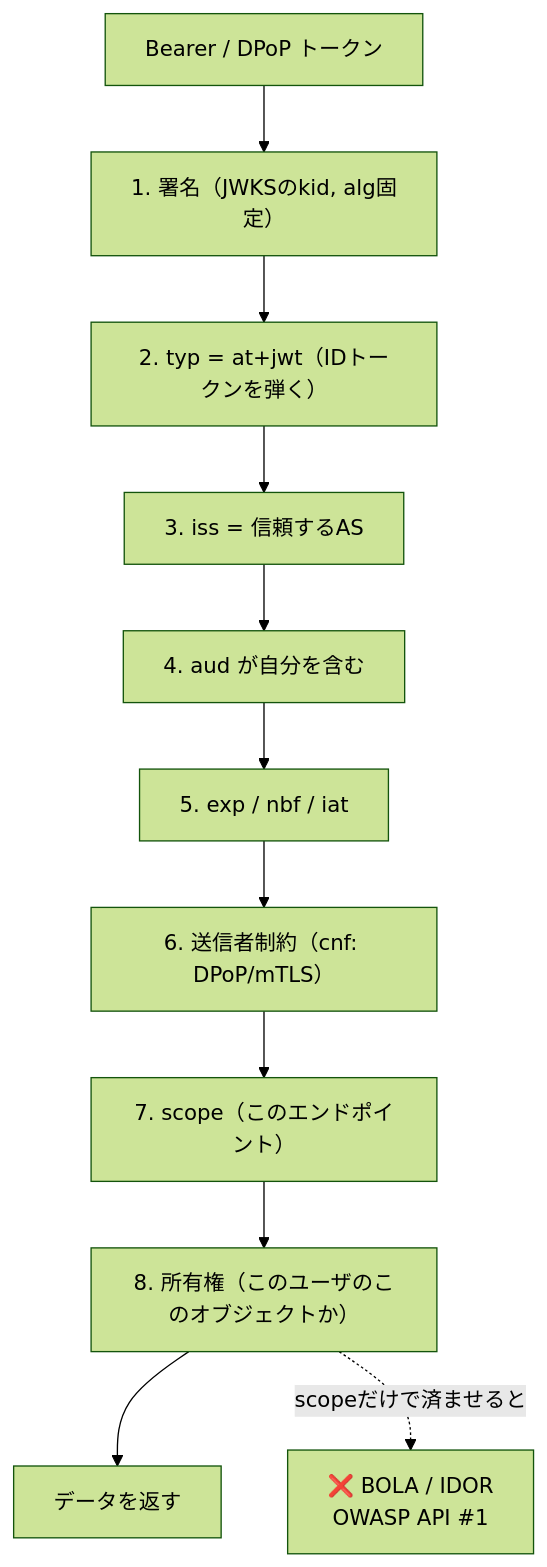
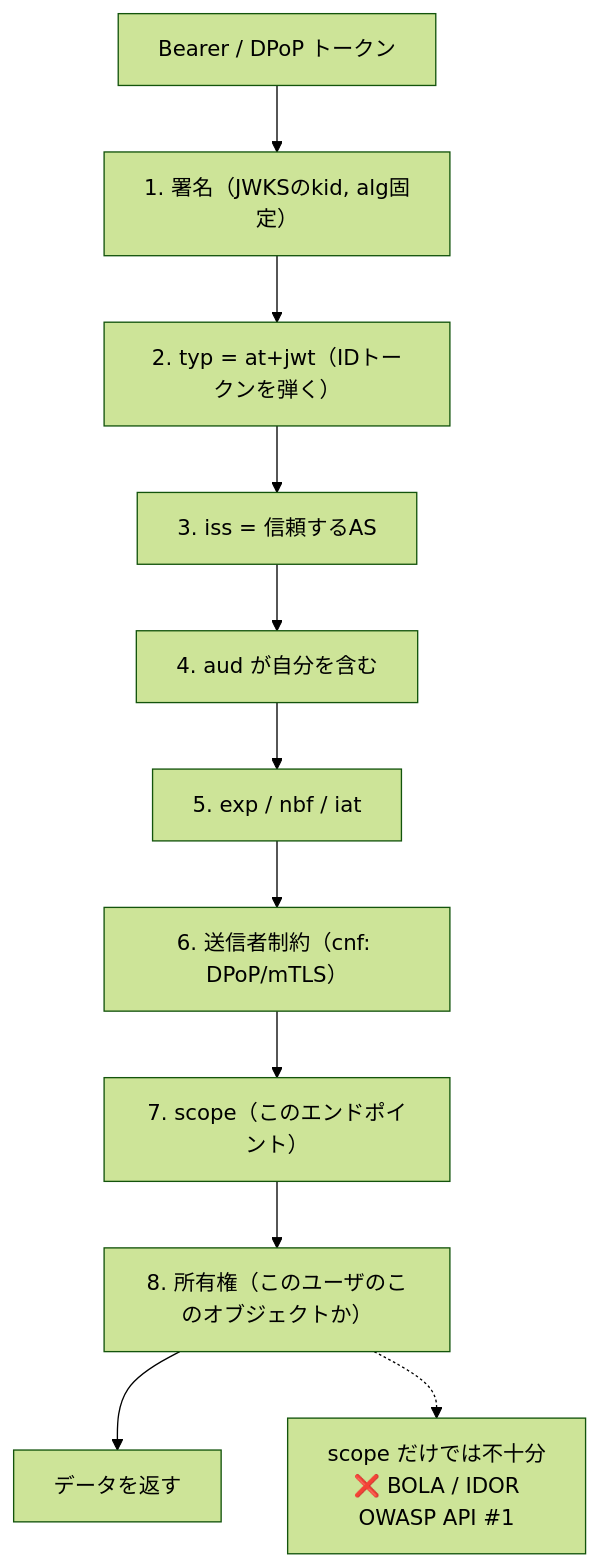
Before and after one commit to hjosugi/auth-lab: diagram 14 of 16 in docs/diagrams.md, drawn with Mermaid (forest theme). The commit also changed 1 other file, not shown here.

Commit message:
docs: use Mermaid-compatible BOLA edge

````diff
--- a/docs/diagrams.md
+++ b/docs/diagrams.md
@@ -338,13 +338,13 @@
 ```mermaid
 flowchart TD
     T["Bearer / DPoP トークン"] --> S1["1. 署名（JWKSのkid, alg固定）"]
     S1 --> S2["2. typ = at+jwt（IDトークンを弾く）"]
     S2 --> S3["3. iss = 信頼するAS"]
     S3 --> S4["4. aud が自分を含む"]
     S4 --> S5["5. exp / nbf / iat"]
     S5 --> S6["6. 送信者制約（cnf: DPoP/mTLS）"]
     S6 --> S7["7. scope（このエンドポイント）"]
     S7 --> S8["8. 所有権（このユーザのこのオブジェクトか）"]
     S8 --> OK["データを返す"]
-    S8 -.->|"scopeだけで済ませると"| BOLA["❌ BOLA / IDOR<br/>OWASP API #1"]
+    S8 -.-> BOLA["scope だけでは不十分<br/>❌ BOLA / IDOR<br/>OWASP API #1"]
 ```
````
